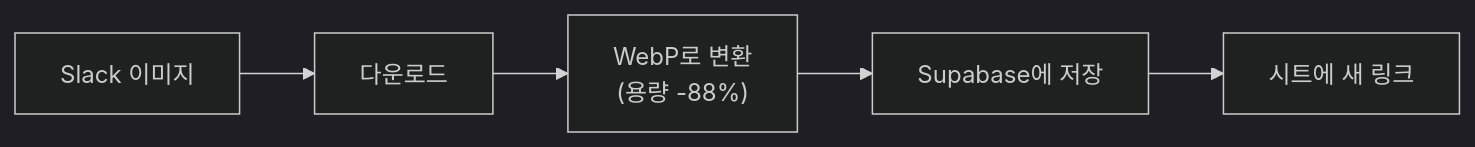
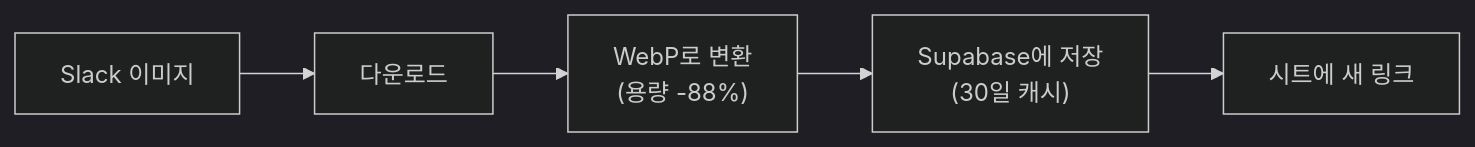
The third of 7 diagrams in ARCHITECTURE.md (chonghlee-cmyk/slack_messages), drawn with Mermaid (dark theme) before and after one commit. The commit also changed other lines of this file and 1 other file, not shown here.

````diff
--- a/ARCHITECTURE.md
+++ b/ARCHITECTURE.md
@@ -61,7 +61,7 @@
 ```mermaid
 flowchart LR
     A["Slack 이미지"] --> B["다운로드"]
     B --> C["WebP로 변환<br/>(용량 -88%)"]
-    C --> D["Supabase에 저장"]
+    C --> D["Supabase에 저장<br/>(30일 캐시)"]
     D --> E["시트에 새 링크"]
 ```
````
